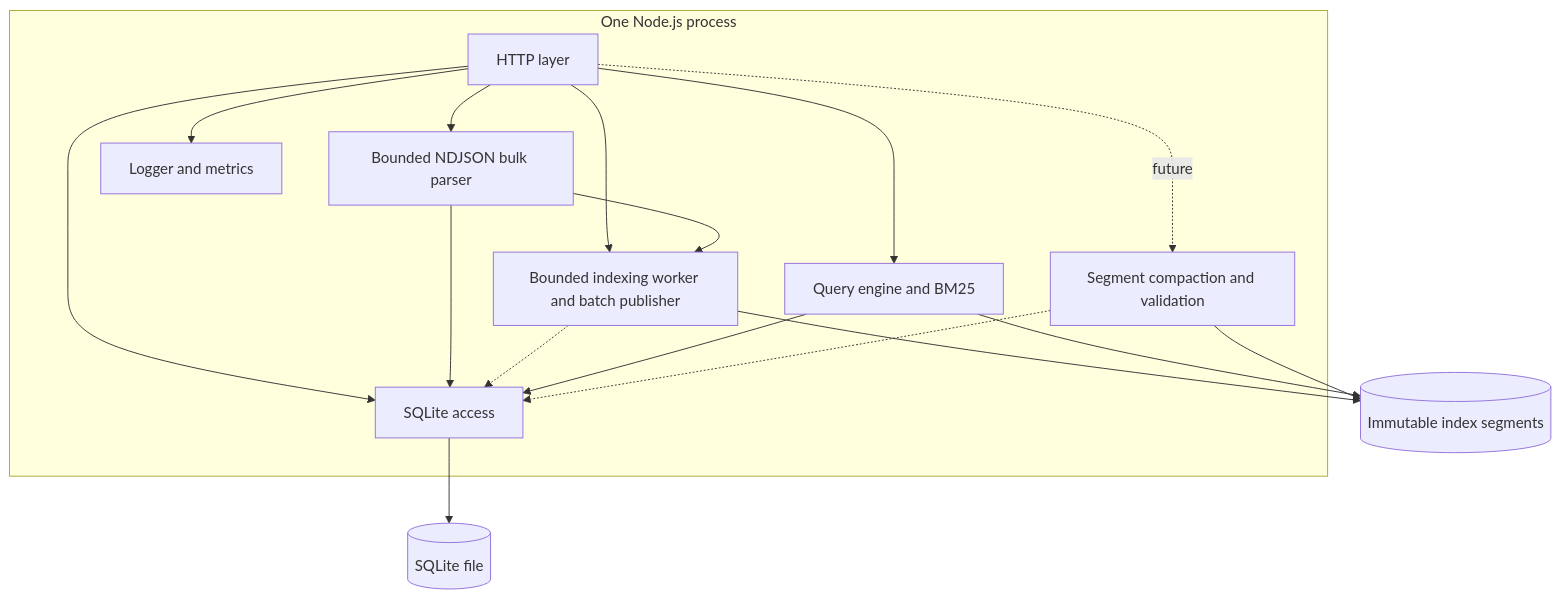
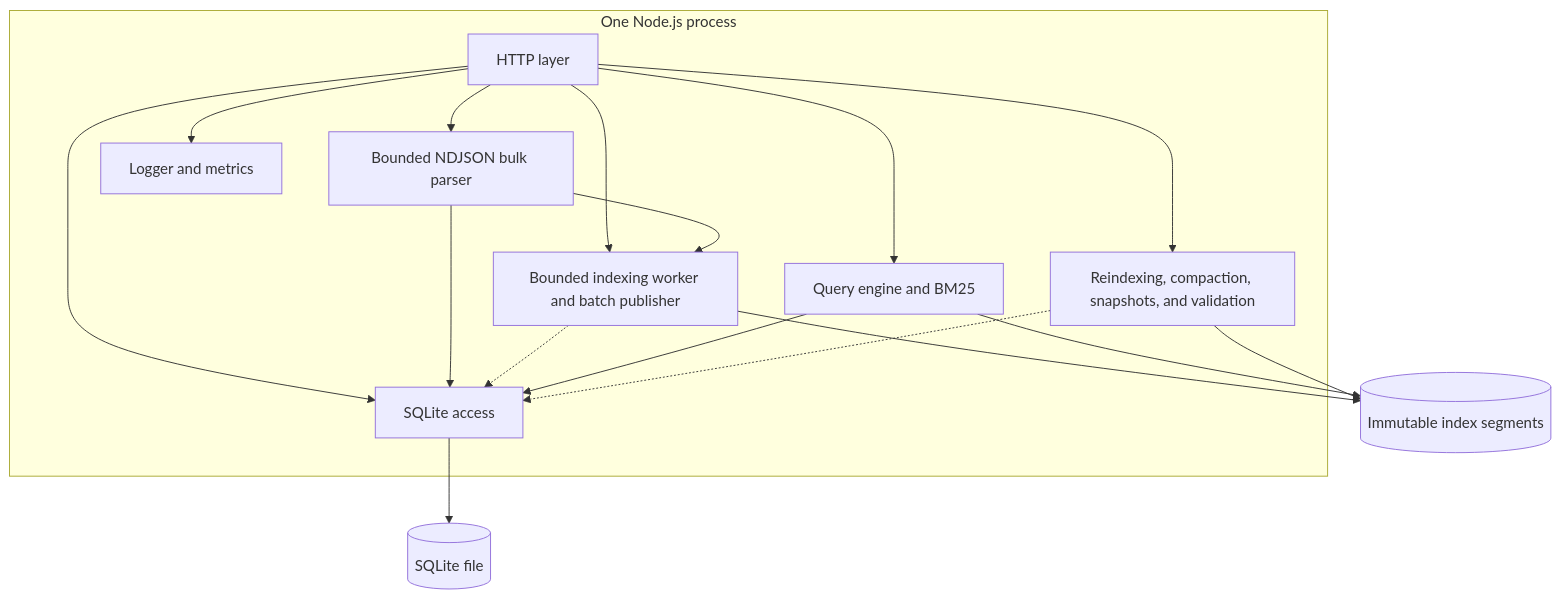
One commit to prajexec/SearchCraft changed the first of 2 diagrams in docs/architecture/ARCHITECTURE.md. Above: the diagram before and after it, drawn with Mermaid. The commit also changed other lines of this file and 19 other files, not shown here.

Commit message:
feat: add reindexing, snapshots, reproducible benchmarks, and CI

````diff
--- a/docs/architecture/ARCHITECTURE.md
+++ b/docs/architecture/ARCHITECTURE.md
@@ -11,28 +11,28 @@
 ```mermaid
 flowchart TB
     subgraph Process[One Node.js process]
         HTTP[HTTP layer]
         Bulk[Bounded NDJSON bulk parser]
         Observability[Logger and metrics]
         SQLiteAccess[SQLite access]
         Indexing[Bounded indexing worker and batch publisher]
         Query[Query engine and BM25]
-        Maintenance[Segment compaction and validation]
+        Maintenance[Reindexing, compaction, snapshots, and validation]
     end
 
     HTTP --> Observability
     HTTP --> SQLiteAccess
     HTTP --> Indexing
     HTTP --> Query
     HTTP --> Bulk
     Bulk --> SQLiteAccess
     Bulk --> Indexing
-    HTTP -. future .-> Maintenance
+    HTTP --> Maintenance
     Indexing -.-> SQLiteAccess
     Query --> SQLiteAccess
     Maintenance -.-> SQLiteAccess
     SQLiteAccess --> Database[(SQLite file)]
     Indexing --> Disk[(Immutable index segments)]
     Query --> Disk
     Maintenance --> Disk
 ```
````
